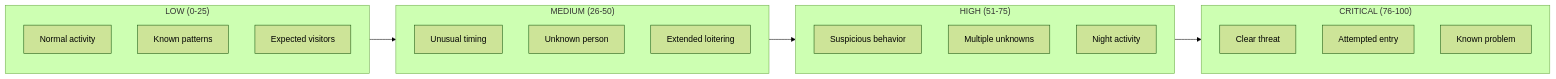
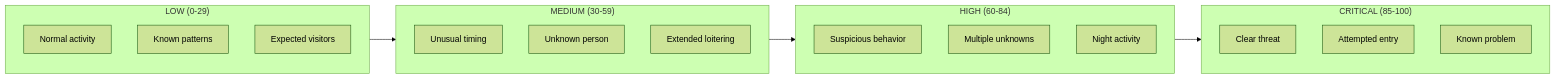
One commit to mikesvoboda/nemotron-v3-home-security-intelligence changed the third of 3 diagrams in docs/user-guide/using-the-dashboard.md. Above: the diagram before and after it, drawn with Mermaid (forest theme). The commit also changed other lines of this file and 21 other files, not shown here.

````diff
--- a/docs/user-guide/using-the-dashboard.md
+++ b/docs/user-guide/using-the-dashboard.md
@@ -446,28 +450,28 @@
 ```mermaid
 graph LR
-    subgraph Low["LOW (0-25)"]
+    subgraph Low["LOW (0-29)"]
         L1["Normal activity"]
         L2["Known patterns"]
         L3["Expected visitors"]
     end
 
-    subgraph Medium["MEDIUM (26-50)"]
+    subgraph Medium["MEDIUM (30-59)"]
         M1["Unusual timing"]
         M2["Unknown person"]
         M3["Extended loitering"]
     end
 
-    subgraph High["HIGH (51-75)"]
+    subgraph High["HIGH (60-84)"]
         H1["Suspicious behavior"]
         H2["Multiple unknowns"]
         H3["Night activity"]
     end
 
-    subgraph Critical["CRITICAL (76-100)"]
+    subgraph Critical["CRITICAL (85-100)"]
         C1["Clear threat"]
         C2["Attempted entry"]
         C3["Known problem"]
     end
 
     Low --> Medium --> High --> Critical
 ```
````
